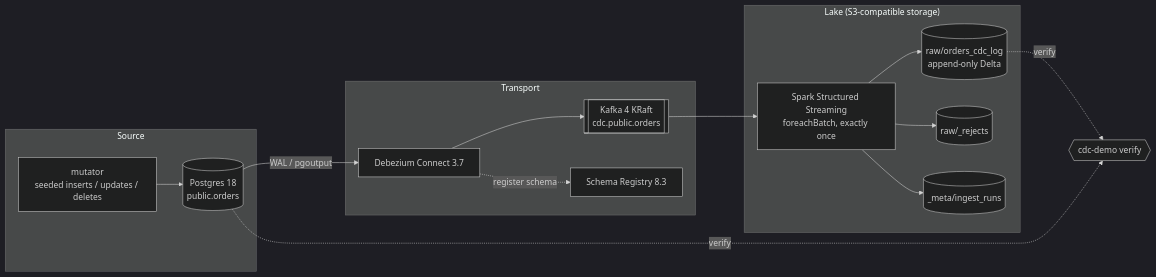
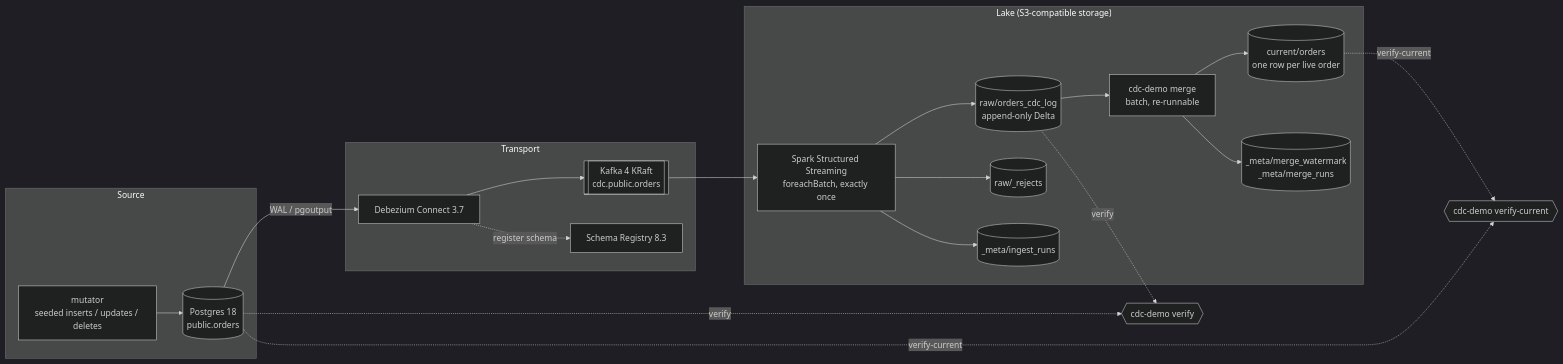
The diagram in README.md (emanuel-luis/cdc-streaming-demo), drawn with Mermaid (dark theme) before and after one commit. The commit also changed other lines of this file and 3 other files, not shown here.

Commit message:
docs: describe the current table, the merger and verify-current

````diff
--- a/README.md
+++ b/README.md
@@ -28,19 +28,24 @@
 ```mermaid
 flowchart LR
     subgraph Source
         MUT[mutator<br/>seeded inserts / updates / deletes] --> PG[(Postgres 18<br/>public.orders)]
     end
     subgraph Transport
         PG -- WAL / pgoutput --> DBZ[Debezium Connect 3.7]
         DBZ --> KFK[[Kafka 4 KRaft<br/>cdc.public.orders]]
         DBZ -. register schema .-> SR[Schema Registry 8.3]
     end
     subgraph Lake["Lake (S3-compatible storage)"]
         KFK --> SSS[Spark Structured Streaming<br/>foreachBatch, exactly once]
         SSS --> RAW[(raw/orders_cdc_log<br/>append-only Delta)]
         SSS --> REJ[(raw/_rejects)]
         SSS --> RUNS[(_meta/ingest_runs)]
+        RAW --> MRG[cdc-demo merge<br/>batch, re-runnable]
+        MRG --> CUR[(current/orders<br/>one row per live order)]
+        MRG --> WM[(_meta/merge_watermark<br/>_meta/merge_runs)]
     end
     RAW -. verify .-> CHECK{{cdc-demo verify}}
     PG -. verify .-> CHECK
+    CUR -. verify-current .-> CHECK2{{cdc-demo verify-current}}
+    PG -. verify-current .-> CHECK2
 ```
````
